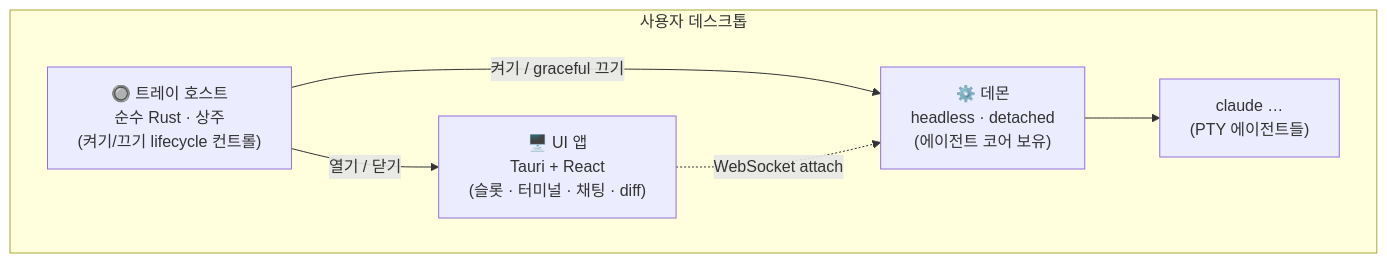
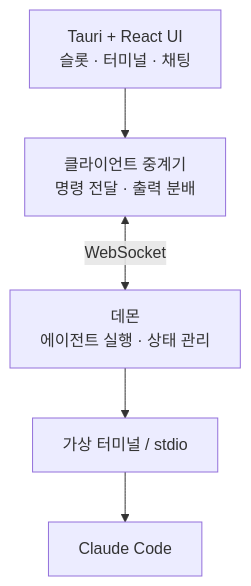
The diagram in README.md (kimsunzun/engram-dashboard), drawn with Mermaid before and after one commit. The commit also changed other lines of this file, not shown here.

````diff
--- a/README.md
+++ b/README.md
@@ -39,14 +29,13 @@
 ```mermaid
 graph TB
-    subgraph desktop["사용자 데스크톱"]
-        Tray["🔘 트레이 호스트<br/>순수 Rust · 상주<br/>(켜기/끄기 lifecycle 컨트롤)"]
-        UI["🖥️ UI 앱<br/>Tauri + React<br/>(슬롯 · 터미널 · 채팅 · diff)"]
-        Daemon["⚙️ 데몬<br/>headless · detached<br/>(에이전트 코어 보유)"]
-        Agents["claude …<br/>(PTY 에이전트들)"]
-    end
+    UI["Tauri + React UI<br/>슬롯 · 터미널 · 채팅"]
+    Client["클라이언트 중계기<br/>명령 전달 · 출력 분배"]
+    Daemon["데몬<br/>에이전트 실행 · 상태 관리"]
+    PTY["가상 터미널 / stdio"]
+    Claude["Claude Code"]
 
-    Tray -->|"켜기 / graceful 끄기"| Daemon
-    Tray -->|"열기 / 닫기"| UI
-    UI -.->|"WebSocket attach"| Daemon
-    Daemon --> Agents
+    UI --> Client
+    Client <-->|WebSocket| Daemon
+    Daemon --> PTY
+    PTY --> Claude
 ```
````
